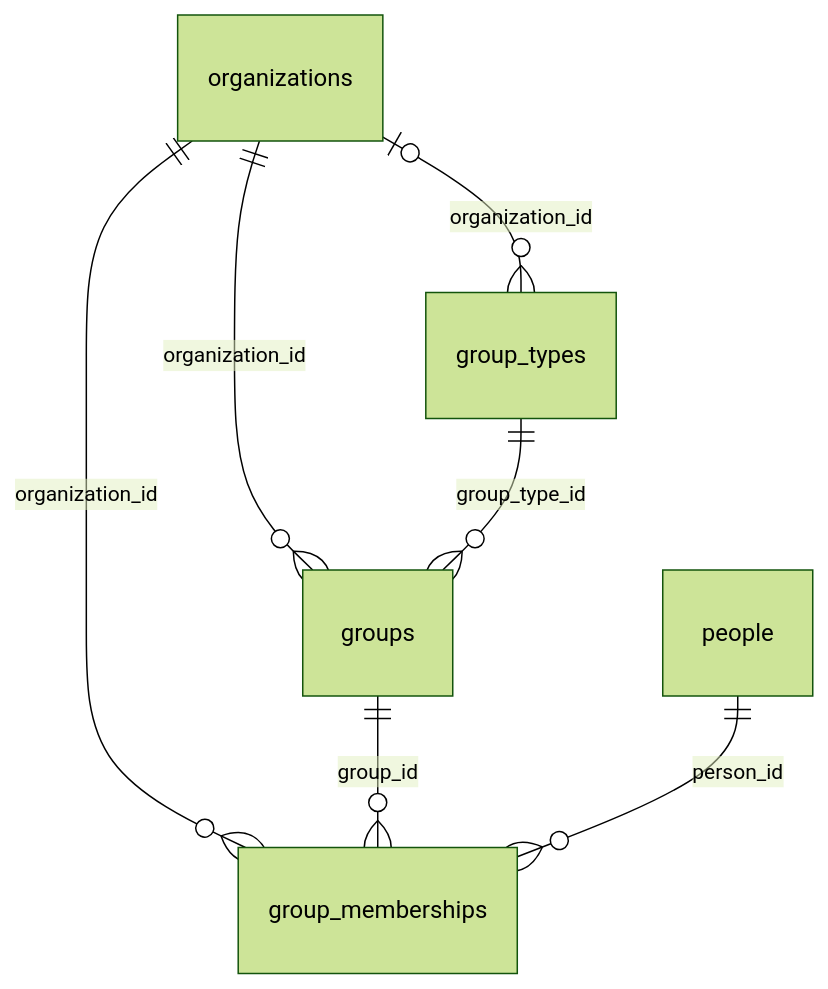
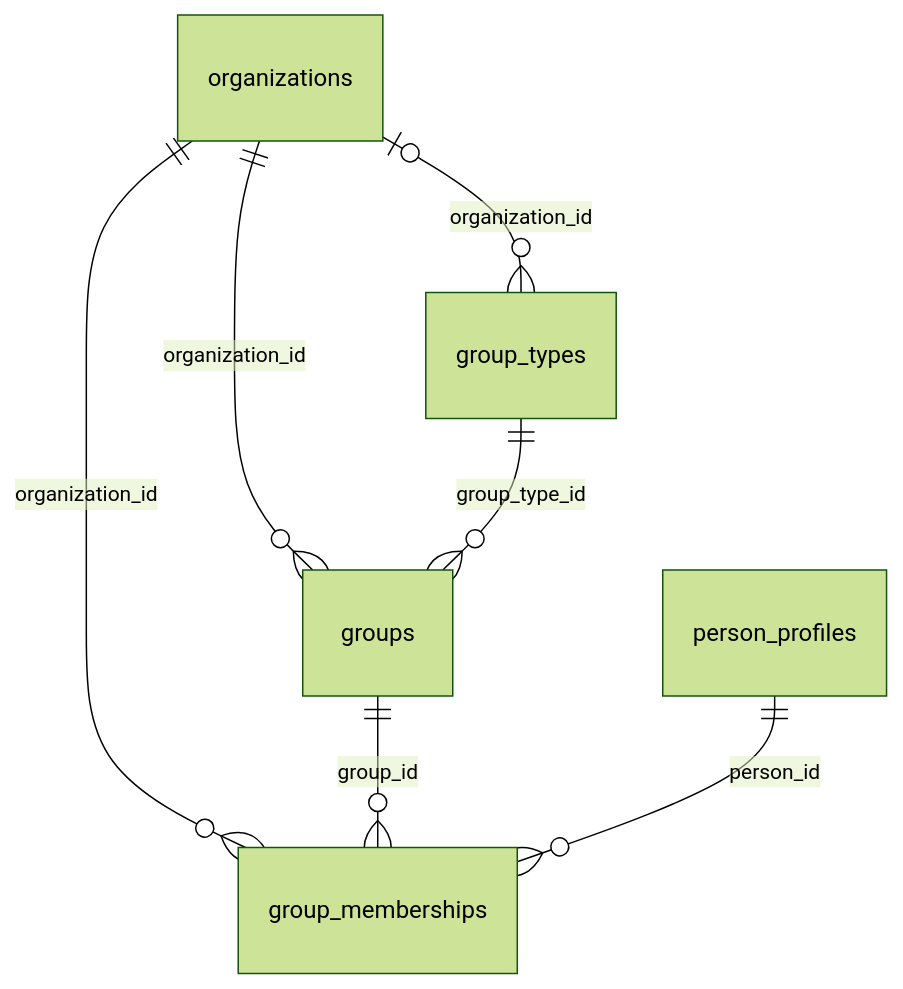
One commit to chenson42/presby changed the sixth of 9 diagrams in docs/schema-design.md. Above: the diagram before and after it, drawn with Mermaid (forest theme). The commit also changed other lines of this file and 13 other files, not shown here.

First line of the commit message:
refactor(schema): make people global, add person_profiles (D1 reversed)

````diff
--- a/docs/schema-design.md
+++ b/docs/schema-design.md
@@ -185,9 +184,9 @@
 ```mermaid
 erDiagram
   organizations ||--o{ group_memberships : "organization_id"
   groups ||--o{ group_memberships : "group_id"
-  people ||--o{ group_memberships : "person_id"
+  person_profiles ||--o{ group_memberships : "person_id"
   organizations |o--o{ group_types : "organization_id"
   organizations ||--o{ groups : "organization_id"
   group_types ||--o{ groups : "group_type_id"
 ```
````
